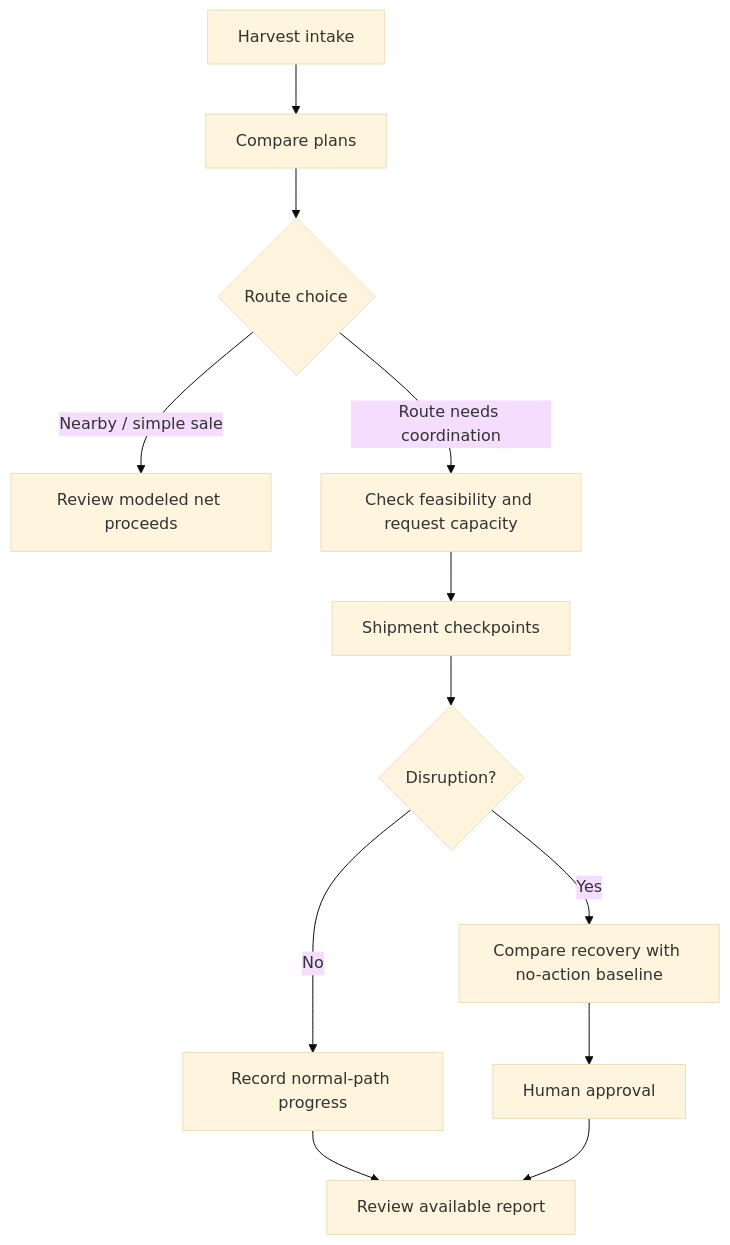
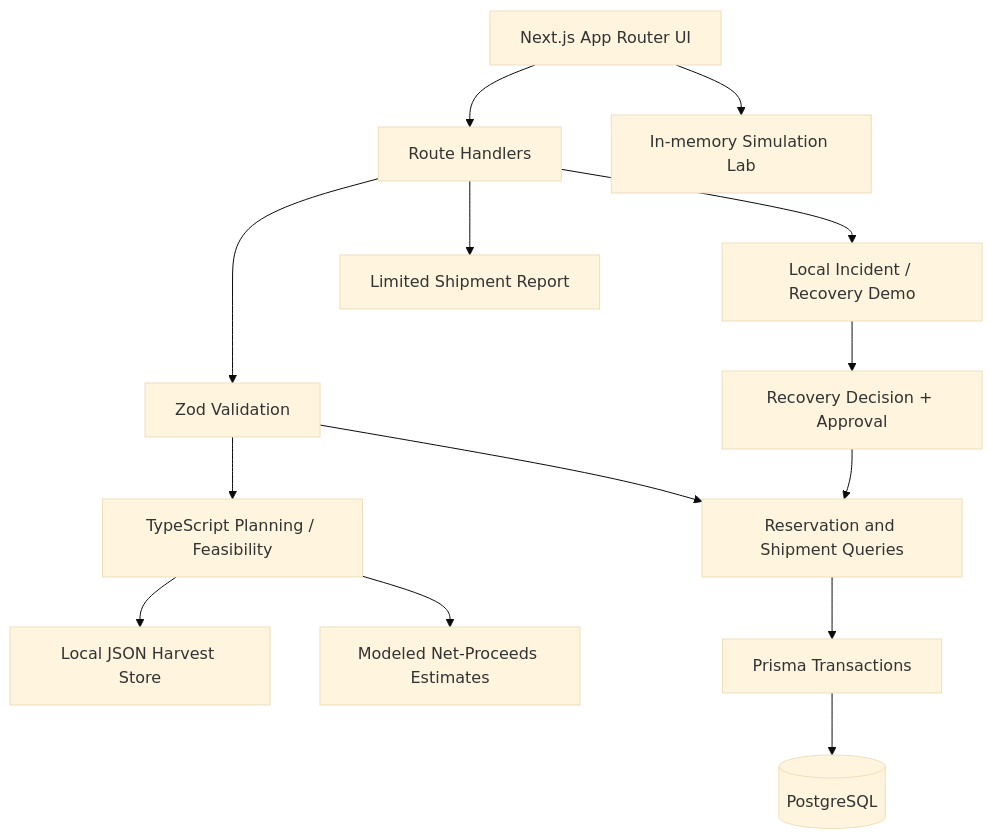
One commit to nikhi20-900/KhetSe changed the diagram in README.md. Above: the diagram before and after it, drawn with Mermaid (base theme). The commit also changed other lines of this file, not shown here.

````diff
--- a/README.md
+++ b/README.md
@@ -63,14 +139,16 @@
 ```mermaid
 flowchart TD
-    A[Harvest intake] --> B[Compare plans]
-    B --> C{Route choice}
-    C -->|Nearby / simple sale| D[Review modeled net proceeds]
-    C -->|Route needs coordination| E[Check feasibility and request capacity]
-    E --> F[Shipment checkpoints]
-    F --> G{Disruption?}
-    G -->|No| H[Record normal-path progress]
-    G -->|Yes| I[Compare recovery with no-action baseline]
-    I --> J[Human approval]
-    H --> K[Review available report]
-    J --> K
+    A[Next.js App Router UI] --> B[Route Handlers]
+    B --> C[Zod Validation]
+    C --> D[TypeScript Planning / Feasibility]
+    C --> E[Reservation and Shipment Queries]
+    D --> F[Local JSON Harvest Store]
+    D --> G[Modeled Net-Proceeds Estimates]
+    E --> H[Prisma Transactions]
+    H --> I[(PostgreSQL)]
+    A --> J[In-memory Simulation Lab]
+    B --> K[Local Incident / Recovery Demo]
+    K --> L[Recovery Decision + Approval]
+    L --> E
+    B --> M[Limited Shipment Report]
 ```
````
